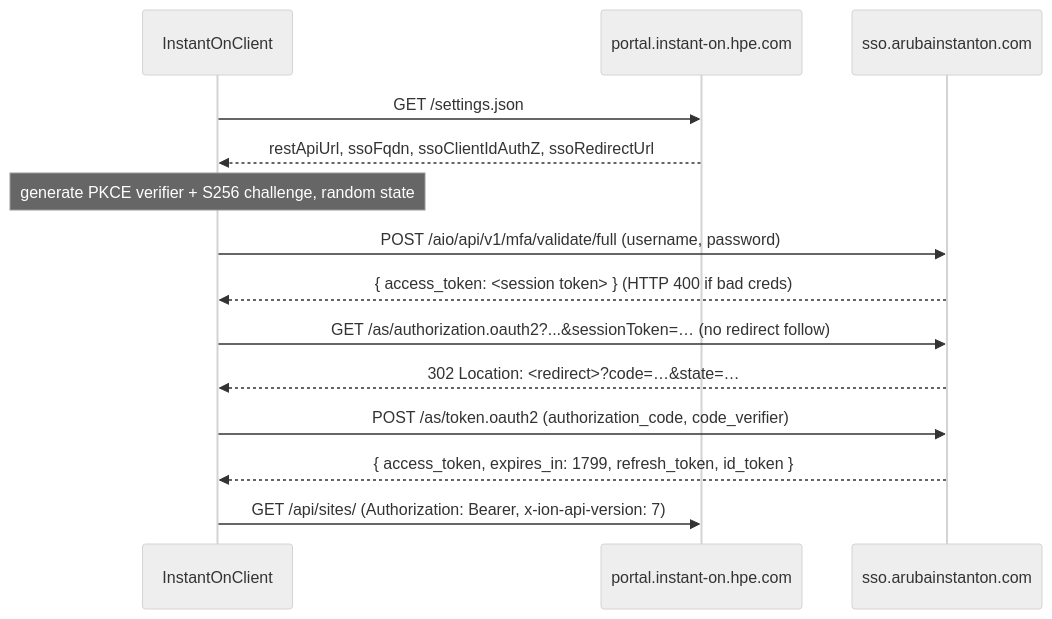
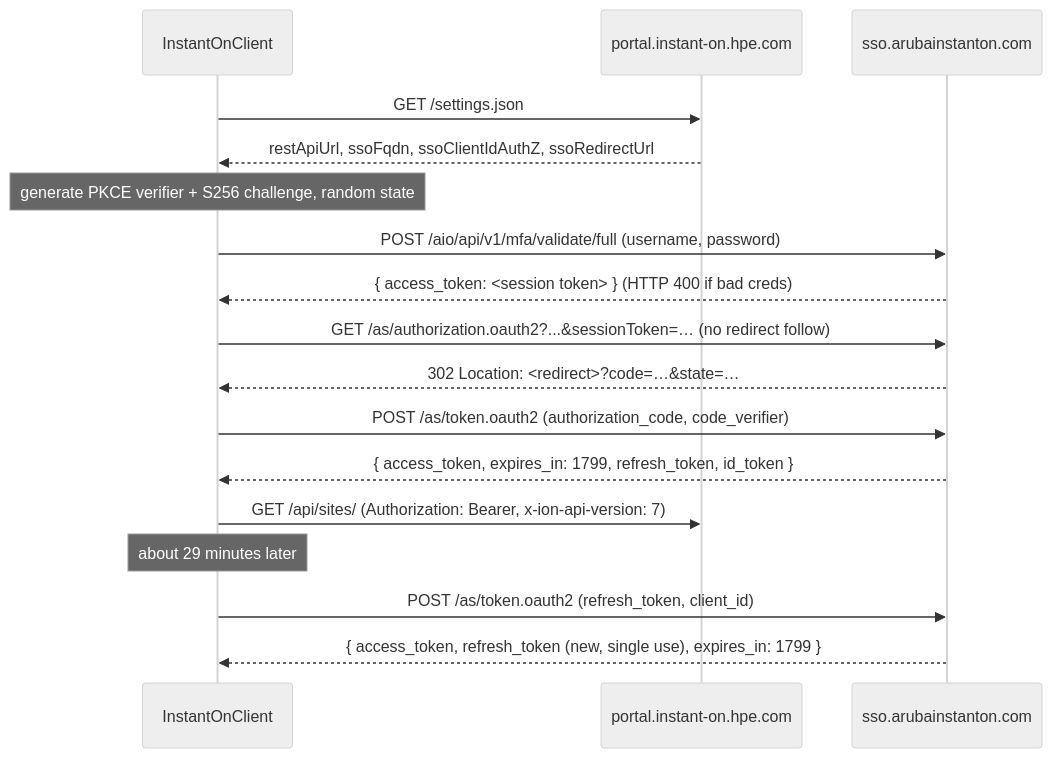
Before and after one commit to grahamfairbank/ha-instant-on: the second of 2 diagrams in docs/ARCHITECTURE.md, drawn with Mermaid (neutral theme). The commit also changed other lines of this file and 16 other files, not shown here.

````diff
--- a/docs/ARCHITECTURE.md
+++ b/docs/ARCHITECTURE.md
@@ -76,16 +76,19 @@
 ```mermaid
 sequenceDiagram
   participant C as InstantOnClient
   participant P as portal.instant-on.hpe.com
   participant S as sso.arubainstanton.com
   C->>P: GET /settings.json
   P-->>C: restApiUrl, ssoFqdn, ssoClientIdAuthZ, ssoRedirectUrl
   Note over C: generate PKCE verifier + S256 challenge, random state
   C->>S: POST /aio/api/v1/mfa/validate/full (username, password)
   S-->>C: { access_token: <session token> }  (HTTP 400 if bad creds)
   C->>S: GET /as/authorization.oauth2?...&sessionToken=… (no redirect follow)
   S-->>C: 302 Location: <redirect>?code=…&state=…
   C->>S: POST /as/token.oauth2 (authorization_code, code_verifier)
   S-->>C: { access_token, expires_in: 1799, refresh_token, id_token }
   C->>P: GET /api/sites/ (Authorization: Bearer, x-ion-api-version: 7)
+  Note over C: about 29 minutes later
+  C->>S: POST /as/token.oauth2 (refresh_token, client_id)
+  S-->>C: { access_token, refresh_token (new, single use), expires_in: 1799 }
 ```
````
